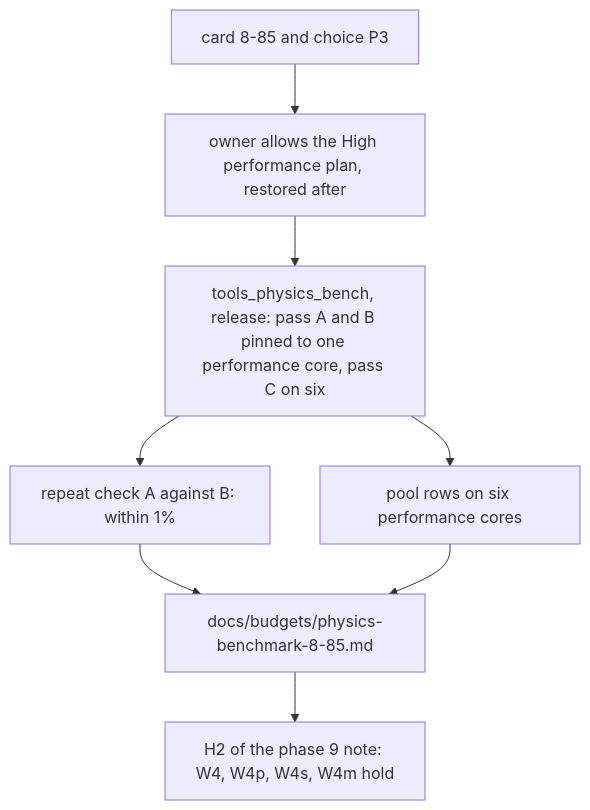
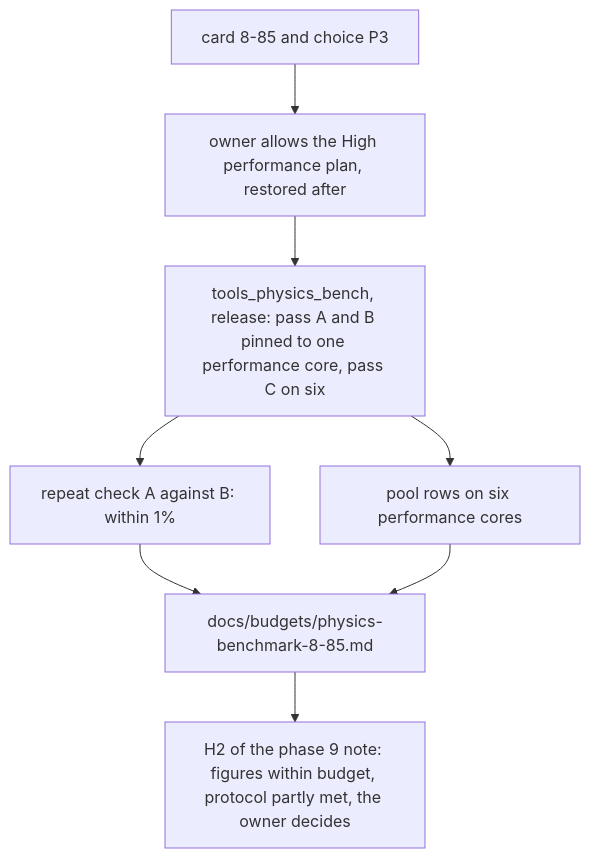
Before and after one commit to giamat90/DuckEngine: the diagram in reviews/8-85.md, drawn with Mermaid. The commit also changed other lines of this file and 1 other file, not shown here.

````diff
--- a/reviews/8-85.md
+++ b/reviews/8-85.md
@@ -5,10 +5,10 @@
 ```mermaid
 flowchart TD
   C["card 8-85 and choice P3"] --> Q["owner allows the High performance plan, restored after"]
   Q --> RUN["tools_physics_bench, release: pass A and B pinned to one performance core, pass C on six"]
   RUN --> CMP["repeat check A against B: within 1%"]
   RUN --> POOL["pool rows on six performance cores"]
   CMP --> DOC["docs/budgets/physics-benchmark-8-85.md"]
   POOL --> DOC
-  DOC --> H2["H2 of the phase 9 note: W4, W4p, W4s, W4m hold"]
+  DOC --> H2["H2 of the phase 9 note: figures within budget, protocol partly met, the owner decides"]
 ```
````
